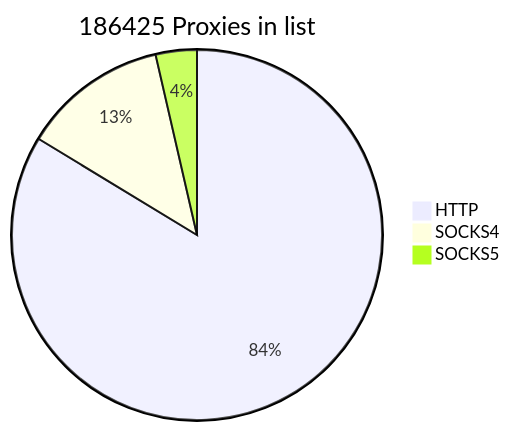
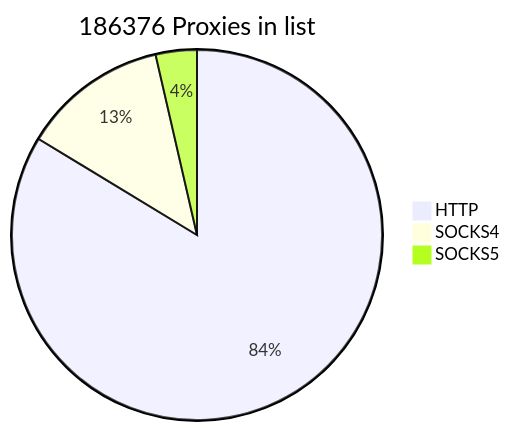
Before and after one commit to cutipu/proxylist: the first of 2 diagrams in README.md, drawn with Mermaid. The commit also changed other lines of this file, not shown here.

````diff
--- a/README.md
+++ b/README.md
@@ -2,7 +2,7 @@
 ```mermaid
-pie title 186425 Proxies in list
-    "HTTP" : 156010
+pie title 186376 Proxies in list
+    "HTTP" : 155960
     "SOCKS4" : 23715
-    "SOCKS5" : 6700
+    "SOCKS5" : 6701
             
 ```
````
